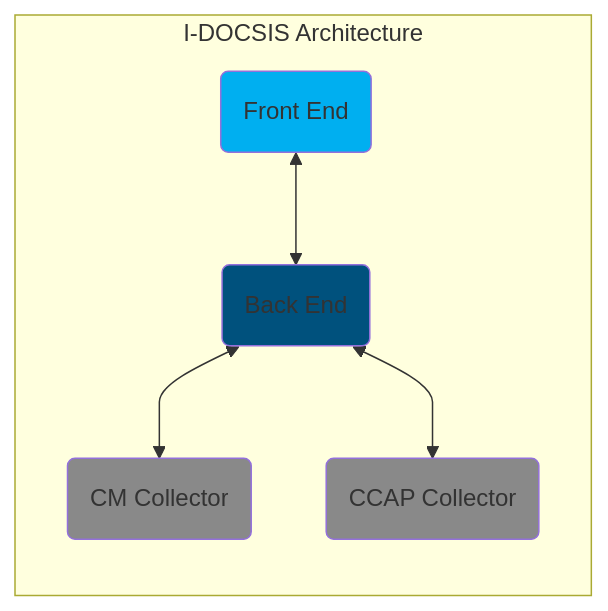
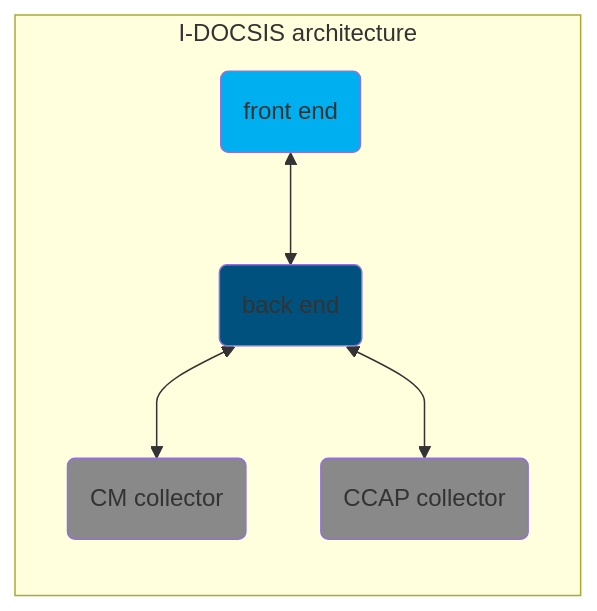
Before and after one commit to SkylineCommunications/dataminer-docs: the diagram in user-guide/Standard_Apps/EPM/EPM_I-DOCSIS/I-DOCSIS_architecture.md, drawn with Mermaid. The commit also changed 2 other files, not shown here.

````diff
--- a/user-guide/Standard_Apps/EPM/EPM_I-DOCSIS/I-DOCSIS_architecture.md
+++ b/user-guide/Standard_Apps/EPM/EPM_I-DOCSIS/I-DOCSIS_architecture.md
@@ -16,14 +16,14 @@
 ```mermaid
 %%{init: {'flowchart':{'curve':'monotoneY'}}}%%
 flowchart TB
-  subgraph I-DOCSIS Architecture
+  subgraph I-DOCSIS architecture
     direction TB
     style Front-End fill:#00aff0
     style Back-End fill:#00517d
     style CM-Collector fill:#898989
     style CCAP fill:#898989
-    Front-End(Front End) <--> Back-End(Back End)
-    Back-End(Back End) <--> CM-Collector(CM Collector)
-    Back-End(Back End) <--> CCAP(CCAP Collector)
+    Front-End(front end) <--> Back-End(back end)
+    Back-End(back end) <--> CM-Collector(CM collector)
+    Back-End(back end) <--> CCAP(CCAP collector)
   end
 ```
````
